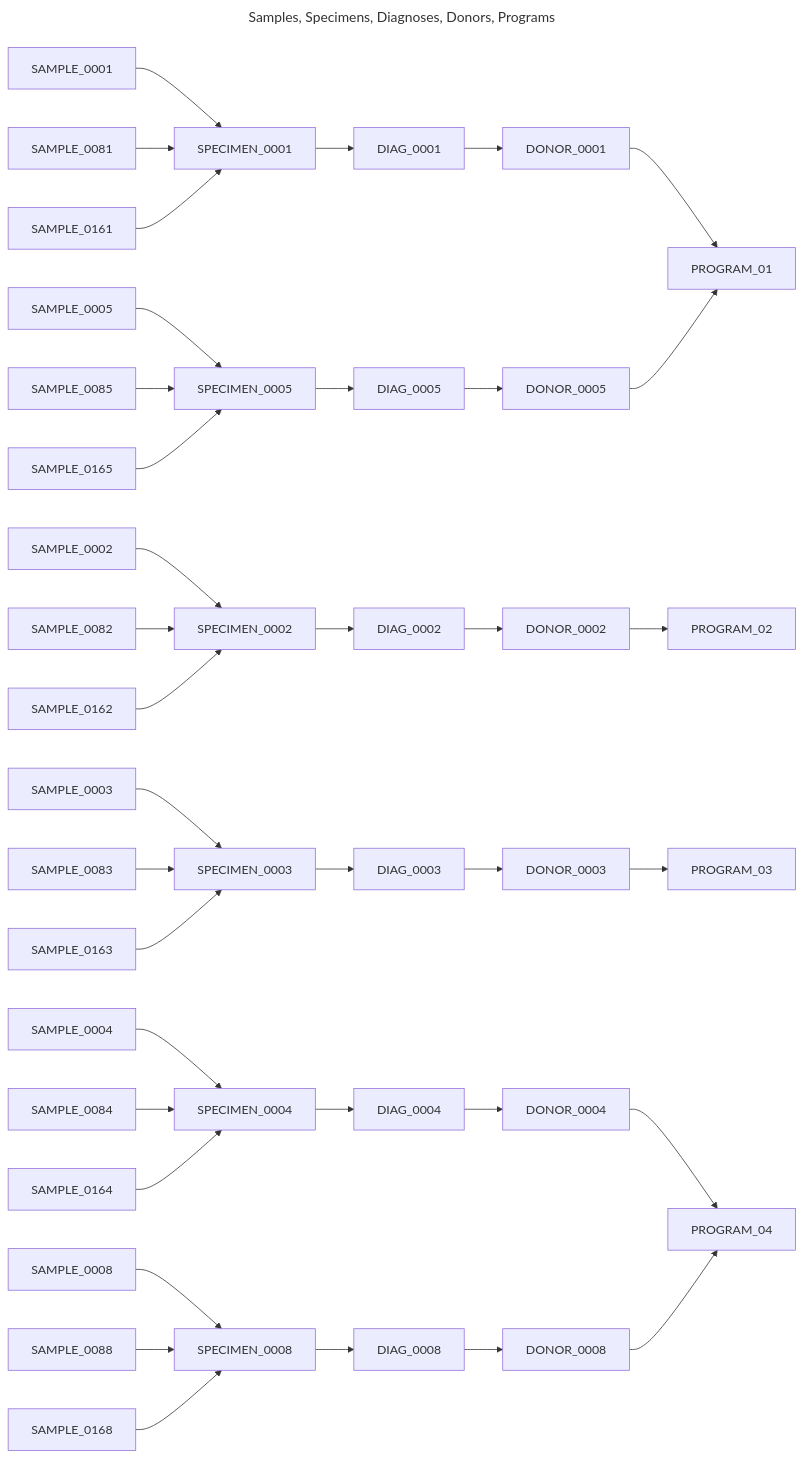
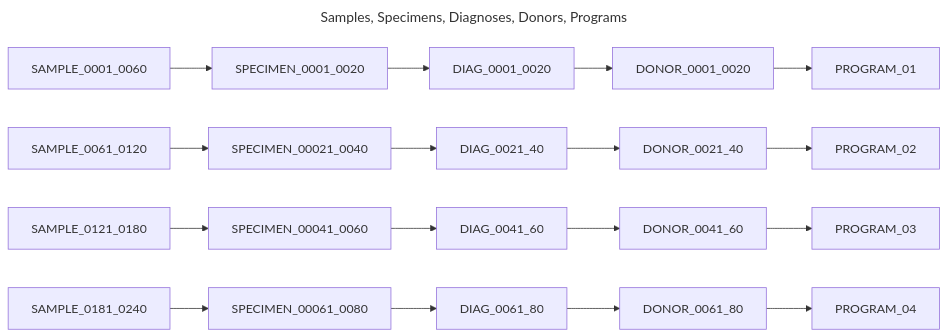
Before and after one commit to CanDIG/katsu: the first of 5 diagrams in chord_metadata_service/mohpackets/data/small_dataset/README.md, drawn with Mermaid. The commit also changed other lines of this file, not shown here.

````diff
--- a/chord_metadata_service/mohpackets/data/small_dataset/README.md
+++ b/chord_metadata_service/mohpackets/data/small_dataset/README.md
@@ -22,30 +22,14 @@
 ```mermaid
 ---
 title: Samples, Specimens, Diagnoses, Donors, Programs
 ---
 graph LR;  
-  SPECIMEN_0001 --> DIAG_0001 --> DONOR_0001 --> PROGRAM_01;  
-  SPECIMEN_0005 --> DIAG_0005 --> DONOR_0005 --> PROGRAM_01;  
-  SPECIMEN_0002 --> DIAG_0002 --> DONOR_0002 --> PROGRAM_02;  
-  SPECIMEN_0003 --> DIAG_0003 --> DONOR_0003 --> PROGRAM_03;  
-  SPECIMEN_0004 --> DIAG_0004 --> DONOR_0004 --> PROGRAM_04;
-  SPECIMEN_0008 --> DIAG_0008 --> DONOR_0008 --> PROGRAM_04;
-  SAMPLE_0001--> SPECIMEN_0001; 
-  SAMPLE_0081--> SPECIMEN_0001;  
-  SAMPLE_0161--> SPECIMEN_0001;  
-  SAMPLE_0005--> SPECIMEN_0005;  
-  SAMPLE_0085--> SPECIMEN_0005;  
-  SAMPLE_0165--> SPECIMEN_0005;  
-  SAMPLE_0002--> SPECIMEN_0002;  
-  SAMPLE_0082--> SPECIMEN_0002;  
-  SAMPLE_0162--> SPECIMEN_0002;  
-  SAMPLE_0003--> SPECIMEN_0003;  
-  SAMPLE_0083--> SPECIMEN_0003;  
-  SAMPLE_0163--> SPECIMEN_0003;  
-  SAMPLE_0004--> SPECIMEN_0004;
-  SAMPLE_0084--> SPECIMEN_0004;
-  SAMPLE_0164--> SPECIMEN_0004;
-  SAMPLE_0008--> SPECIMEN_0008;
-  SAMPLE_0088--> SPECIMEN_0008;
-  SAMPLE_0168--> SPECIMEN_0008;
+  SPECIMEN_0001_0020 --> DIAG_0001_0020 --> DONOR_0001_0020 --> PROGRAM_01;  
+  SPECIMEN_00021_0040 --> DIAG_0021_40 --> DONOR_0021_40 --> PROGRAM_02;
+  SPECIMEN_00041_0060 --> DIAG_0041_60 --> DONOR_0041_60 --> PROGRAM_03;
+  SPECIMEN_00061_0080 --> DIAG_0061_80 --> DONOR_0061_80 --> PROGRAM_04;  
+  SAMPLE_0001_0060--> SPECIMEN_0001_0020;
+  SAMPLE_0061_0120--> SPECIMEN_00021_0040;
+  SAMPLE_0121_0180--> SPECIMEN_00041_0060;
+  SAMPLE_0181_0240--> SPECIMEN_00061_0080;
 ```
````
